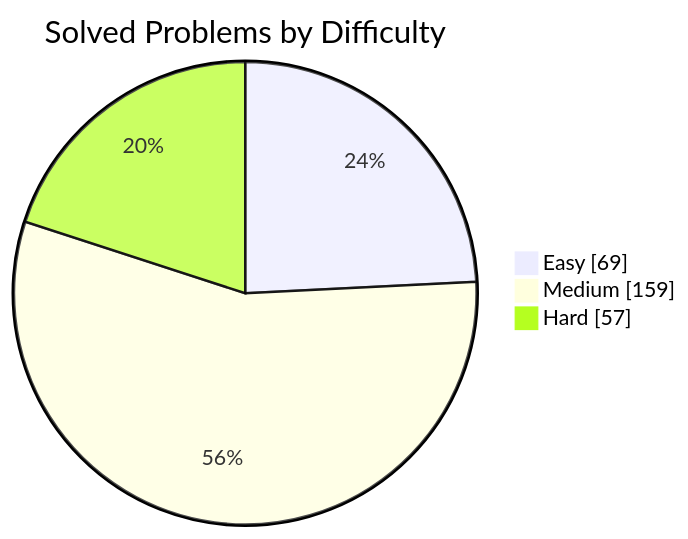
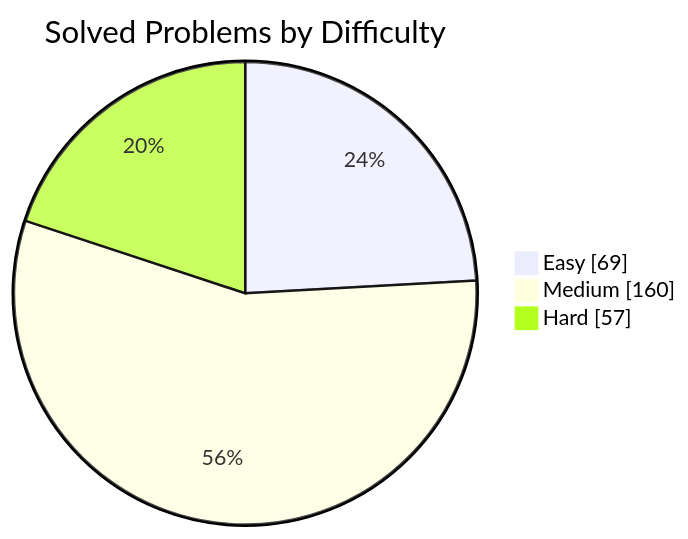
Before and after one commit to manikantbindass/DSA-Preparation-FAANG: the first of 2 diagrams in README.md, drawn with Mermaid. The commit also changed other lines of this file and 1 other file, not shown here.

````diff
--- a/README.md
+++ b/README.md
@@ -77,7 +77,7 @@
 ```mermaid
 pie showData
     title Solved Problems by Difficulty
     "Easy" : 69
-    "Medium" : 159
+    "Medium" : 160
     "Hard" : 57
 ```
````
